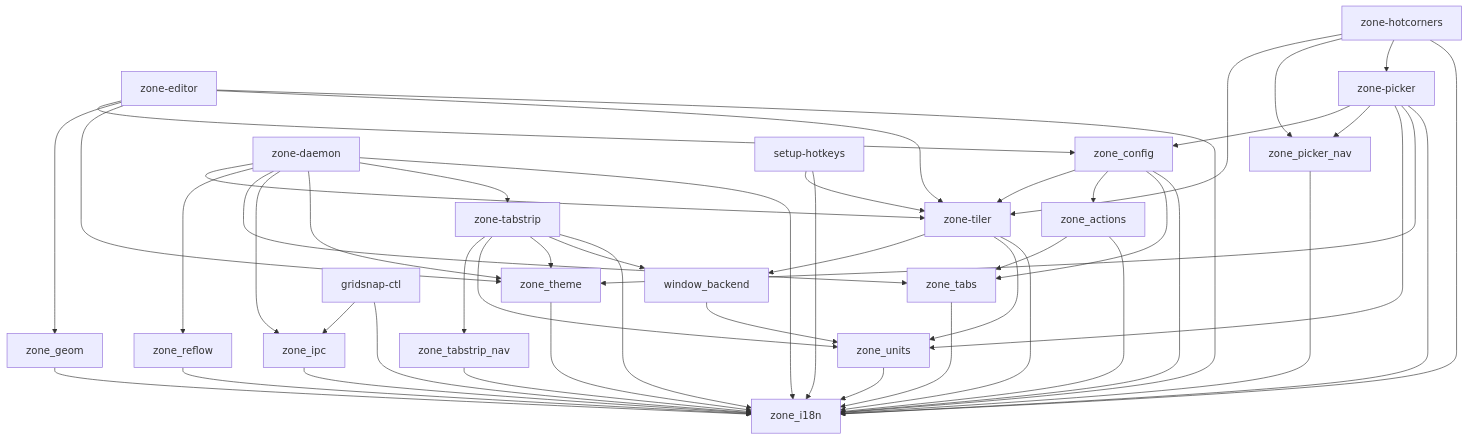
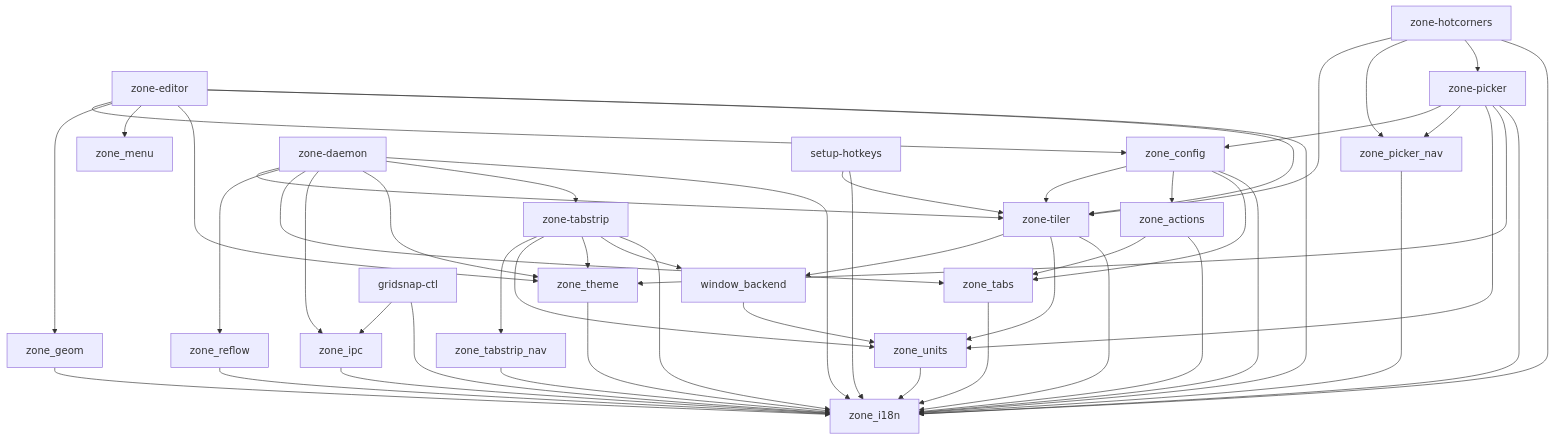
The diagram in docs/architecture.md (metapeka/cinnamon-gridsnap), drawn with Mermaid before and after one commit. The commit also changed other lines of this file and 15 other files, not shown here.

````diff
--- a/docs/architecture.md
+++ b/docs/architecture.md
@@ -32,72 +32,74 @@
 ```mermaid
 graph TD
   i18n[zone_i18n]
   units[zone_units]
   backend[window_backend]
   tiler[zone-tiler]
   config[zone_config]
   geom[zone_geom]
+  menu[zone_menu]
   theme[zone_theme]
   actions[zone_actions]
   tabs[zone_tabs]
   reflow[zone_reflow]
   ipc[zone_ipc]
   nav[zone_picker_nav]
   stripnav[zone_tabstrip_nav]
   editor[zone-editor]
   picker[zone-picker]
   strip[zone-tabstrip]
   hot[zone-hotcorners]
   daemon[zone-daemon]
   ctl[gridsnap-ctl]
   hotkeys[setup-hotkeys]
 
   tiler --> backend
   tiler --> units
   tiler --> i18n
   backend --> units
   config --> tiler
   config --> actions
   config --> tabs
   config --> i18n
   actions --> tabs
   actions --> i18n
   editor --> config
   editor --> geom
+  editor --> menu
   editor --> theme
   editor --> tiler
   editor --> i18n
   picker --> config
   picker --> nav
   picker --> units
   picker --> theme
   picker --> i18n
   strip --> stripnav
   strip --> units
   strip --> theme
   strip --> backend
   strip --> i18n
   hot --> tiler
   hot --> nav
   hot --> picker
   hot --> i18n
   daemon --> tiler
   daemon --> reflow
   daemon --> tabs
   daemon --> ipc
   daemon --> theme
   daemon --> strip
   daemon --> i18n
   ctl --> ipc
   ctl --> i18n
   hotkeys --> tiler
   hotkeys --> i18n
   theme --> i18n
   nav --> i18n
   stripnav --> i18n
   reflow --> i18n
   geom --> i18n
   units --> i18n
   ipc --> i18n
   tabs --> i18n
 ```
````
